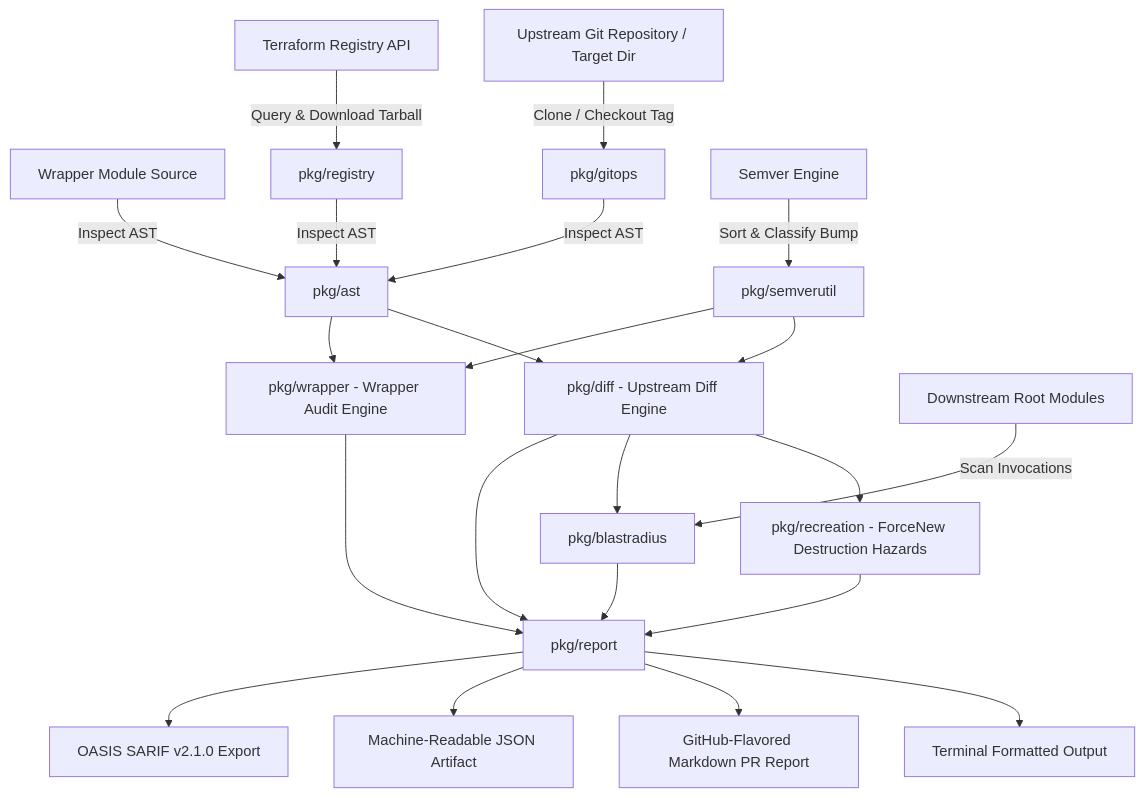
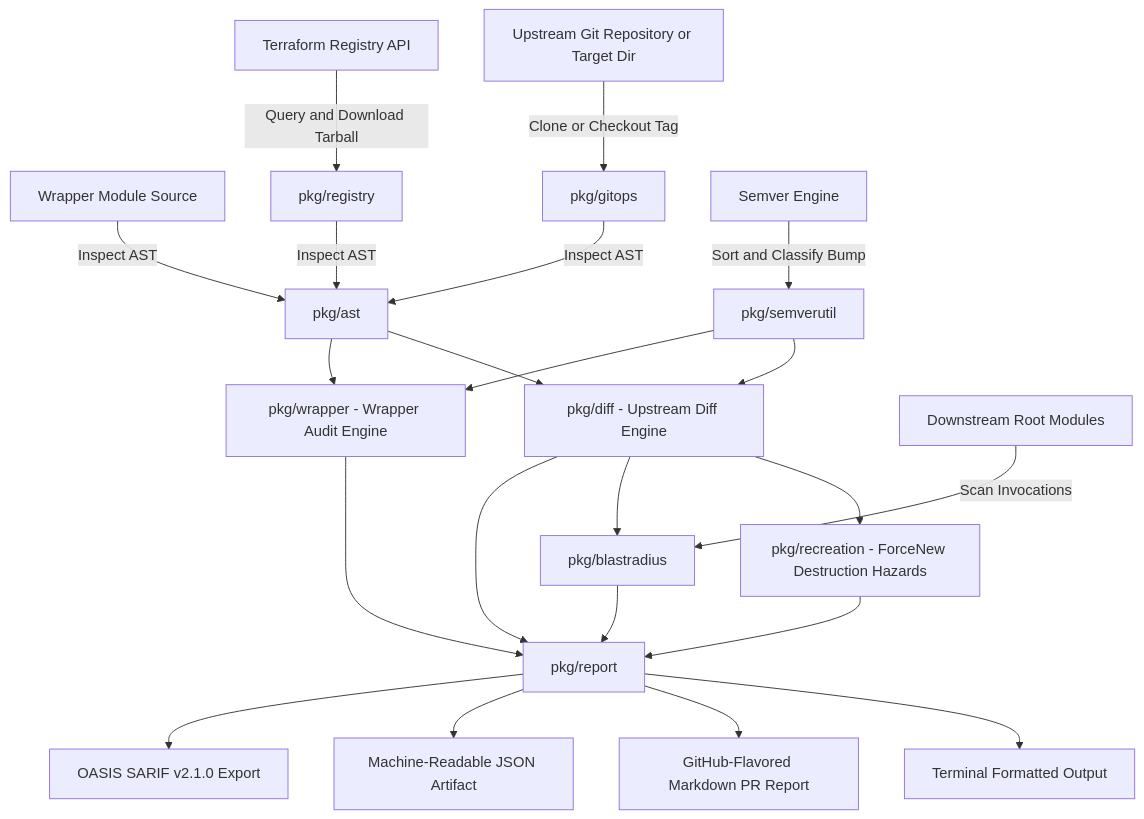
One commit to 23skdu/terraform_ast changed the diagram in docs/ARCHITECTURE.md. Above: the diagram before and after it, drawn with Mermaid. The commit also changed other lines of this file and 4 other files, not shown here.

````diff
--- a/docs/ARCHITECTURE.md
+++ b/docs/ARCHITECTURE.md
@@ -9,28 +9,28 @@
 ```mermaid
-graph TD
-    A[Wrapper Module Source] -->|Inspect AST| B[pkg/ast]
-    C[Upstream Git Repository / Target Dir] -->|Clone / Checkout Tag| D[pkg/gitops]
-    R[Terraform Registry API] -->|Query & Download Tarball| REG[pkg/registry]
-    D -->|Inspect AST| B
-    REG -->|Inspect AST| B
-    E[Semver Engine] -->|Sort & Classify Bump| F[pkg/semverutil]
-    
-    B --> G[pkg/diff - Upstream Diff Engine]
-    B --> H[pkg/wrapper - Wrapper Audit Engine]
-    G --> REC[pkg/recreation - ForceNew Destruction Hazards]
+flowchart TD
+    A["Wrapper Module Source"] -->|"Inspect AST"| B["pkg/ast"]
+    C["Upstream Git Repository or Target Dir"] -->|"Clone or Checkout Tag"| D["pkg/gitops"]
+    R["Terraform Registry API"] -->|"Query and Download Tarball"| REG["pkg/registry"]
+    D -->|"Inspect AST"| B
+    REG -->|"Inspect AST"| B
+    E["Semver Engine"] -->|"Sort and Classify Bump"| F["pkg/semverutil"]
+
+    B --> G["pkg/diff - Upstream Diff Engine"]
+    B --> H["pkg/wrapper - Wrapper Audit Engine"]
+    G --> REC["pkg/recreation - ForceNew Destruction Hazards"]
     F --> G
     F --> H
-    
-    CONSUMERS[Downstream Root Modules] -->|Scan Invocations| BR[pkg/blastradius]
+
+    CONSUMERS["Downstream Root Modules"] -->|"Scan Invocations"| BR["pkg/blastradius"]
     G --> BR
-    
-    G --> I[pkg/report]
+
+    G --> I["pkg/report"]
     H --> I
     REC --> I
     BR --> I
-    
-    I --> J[Terminal Formatted Output]
-    I --> K[GitHub-Flavored Markdown PR Report]
-    I --> L[Machine-Readable JSON Artifact]
-    I --> SARIF[OASIS SARIF v2.1.0 Export]
+
+    I --> J["Terminal Formatted Output"]
+    I --> K["GitHub-Flavored Markdown PR Report"]
+    I --> L["Machine-Readable JSON Artifact"]
+    I --> SARIF["OASIS SARIF v2.1.0 Export"]
 ```
````
